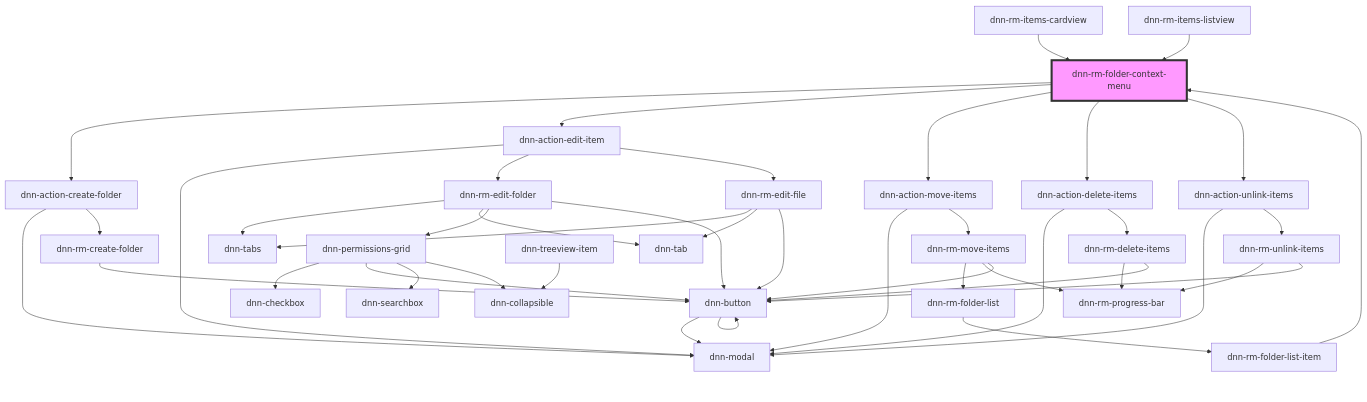
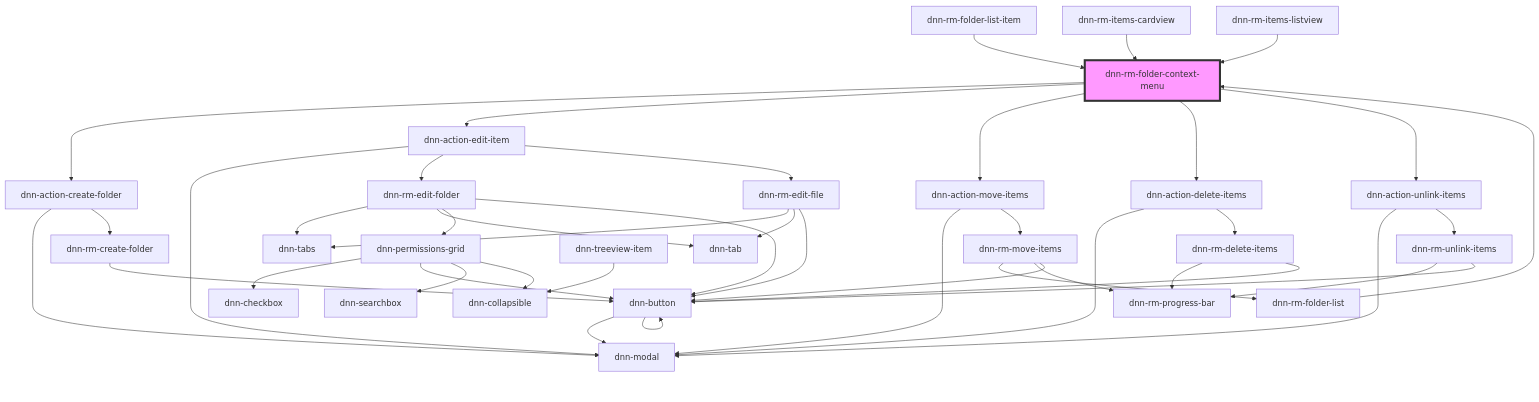
Before and after one commit to dnnsoftware/Dnn.Platform: the diagram in DNN Platform/Modules/ResourceManager/ResourceManager.Web/src/components/context-menus/dnn-rm-folder-context-menu/readme.md, drawn with Mermaid. The commit also changed other lines of this file and 11 other files, not shown here.

````diff
--- a/DNN Platform/Modules/ResourceManager/ResourceManager.Web/src/components/context-menus/dnn-rm-folder-context-menu/readme.md
+++ b/DNN Platform/Modules/ResourceManager/ResourceManager.Web/src/components/context-menus/dnn-rm-folder-context-menu/readme.md
@@ -32,46 +33,46 @@
 ```mermaid
 graph TD;
   dnn-rm-folder-context-menu --> dnn-action-create-folder
   dnn-rm-folder-context-menu --> dnn-action-edit-item
   dnn-rm-folder-context-menu --> dnn-action-move-items
   dnn-rm-folder-context-menu --> dnn-action-delete-items
   dnn-rm-folder-context-menu --> dnn-action-unlink-items
   dnn-action-create-folder --> dnn-modal
   dnn-action-create-folder --> dnn-rm-create-folder
   dnn-rm-create-folder --> dnn-button
   dnn-button --> dnn-modal
   dnn-button --> dnn-button
   dnn-action-edit-item --> dnn-modal
   dnn-action-edit-item --> dnn-rm-edit-folder
   dnn-action-edit-item --> dnn-rm-edit-file
   dnn-rm-edit-folder --> dnn-tabs
   dnn-rm-edit-folder --> dnn-tab
   dnn-rm-edit-folder --> dnn-permissions-grid
   dnn-rm-edit-folder --> dnn-button
   dnn-permissions-grid --> dnn-checkbox
   dnn-permissions-grid --> dnn-button
   dnn-permissions-grid --> dnn-searchbox
   dnn-permissions-grid --> dnn-collapsible
   dnn-rm-edit-file --> dnn-tabs
   dnn-rm-edit-file --> dnn-tab
   dnn-rm-edit-file --> dnn-button
   dnn-action-move-items --> dnn-modal
   dnn-action-move-items --> dnn-rm-move-items
   dnn-rm-move-items --> dnn-rm-folder-list
   dnn-rm-move-items --> dnn-rm-progress-bar
   dnn-rm-move-items --> dnn-button
-  dnn-rm-folder-list --> dnn-rm-folder-list-item
+  dnn-rm-folder-list --> dnn-rm-folder-context-menu
   dnn-rm-folder-list-item --> dnn-rm-folder-context-menu
   dnn-treeview-item --> dnn-collapsible
   dnn-action-delete-items --> dnn-modal
   dnn-action-delete-items --> dnn-rm-delete-items
   dnn-rm-delete-items --> dnn-rm-progress-bar
   dnn-rm-delete-items --> dnn-button
   dnn-action-unlink-items --> dnn-modal
   dnn-action-unlink-items --> dnn-rm-unlink-items
   dnn-rm-unlink-items --> dnn-rm-progress-bar
   dnn-rm-unlink-items --> dnn-button
   dnn-rm-items-cardview --> dnn-rm-folder-context-menu
   dnn-rm-items-listview --> dnn-rm-folder-context-menu
   style dnn-rm-folder-context-menu fill:#f9f,stroke:#333,stroke-width:4px
 ```
````
